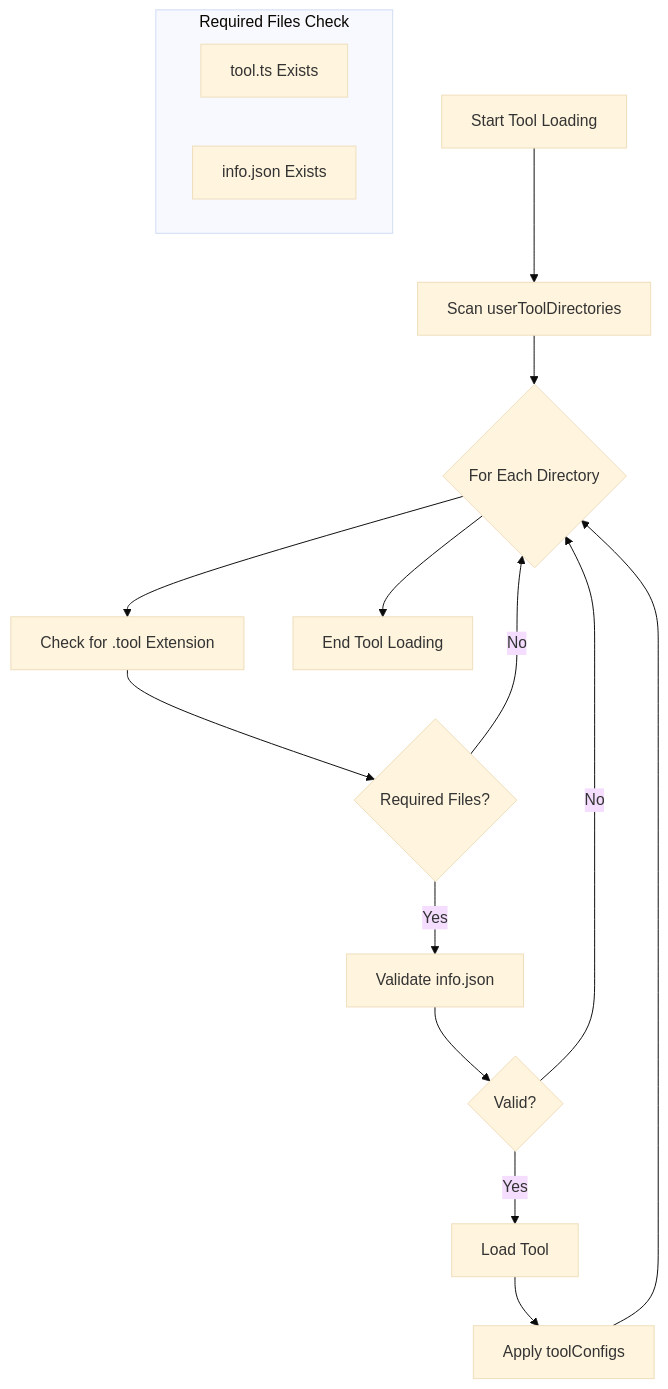
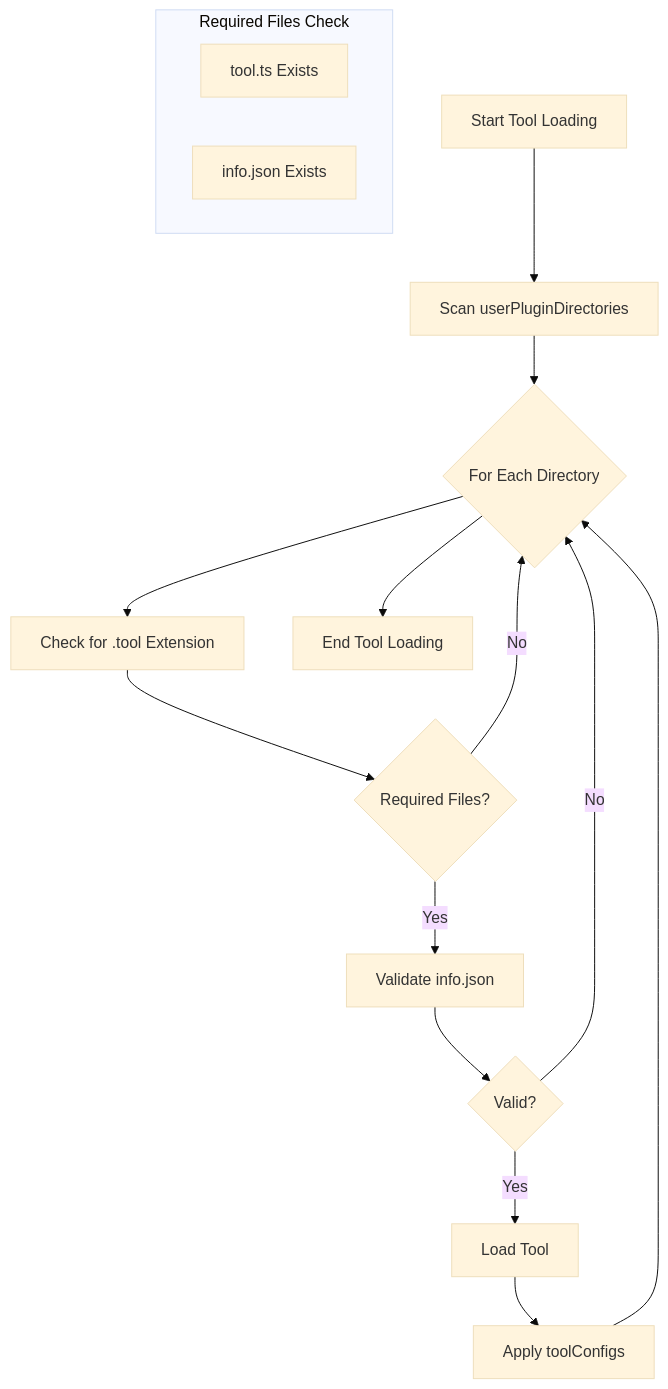
One commit to Beyond-Better/bb changed the second of 2 diagrams in docs/development/reference/tool_library.md. Above: the diagram before and after it, drawn with Mermaid (base theme). The commit also changed other lines of this file and 100 other files, not shown here.

````diff
--- a/docs/development/reference/tool_library.md
+++ b/docs/development/reference/tool_library.md
@@ -50,20 +50,20 @@
 ```mermaid
 graph TD
-    A[Start Tool Loading] --> B[Scan userToolDirectories]
+    A[Start Tool Loading] --> B[Scan userPluginDirectories]
     B --> C{For Each Directory}
     C --> D[Check for .tool Extension]
     D --> E{Required Files?}
     E -- No --> C
     E -- Yes --> F[Validate info.json]
     F --> G{Valid?}
     G -- No --> C
     G -- Yes --> H[Load Tool]
     H --> I[Apply toolConfigs]
     I --> C
     C --> J[End Tool Loading]
 
     subgraph Required Files Check
     K[tool.ts Exists]
     L[info.json Exists]
     end
 ```
````
